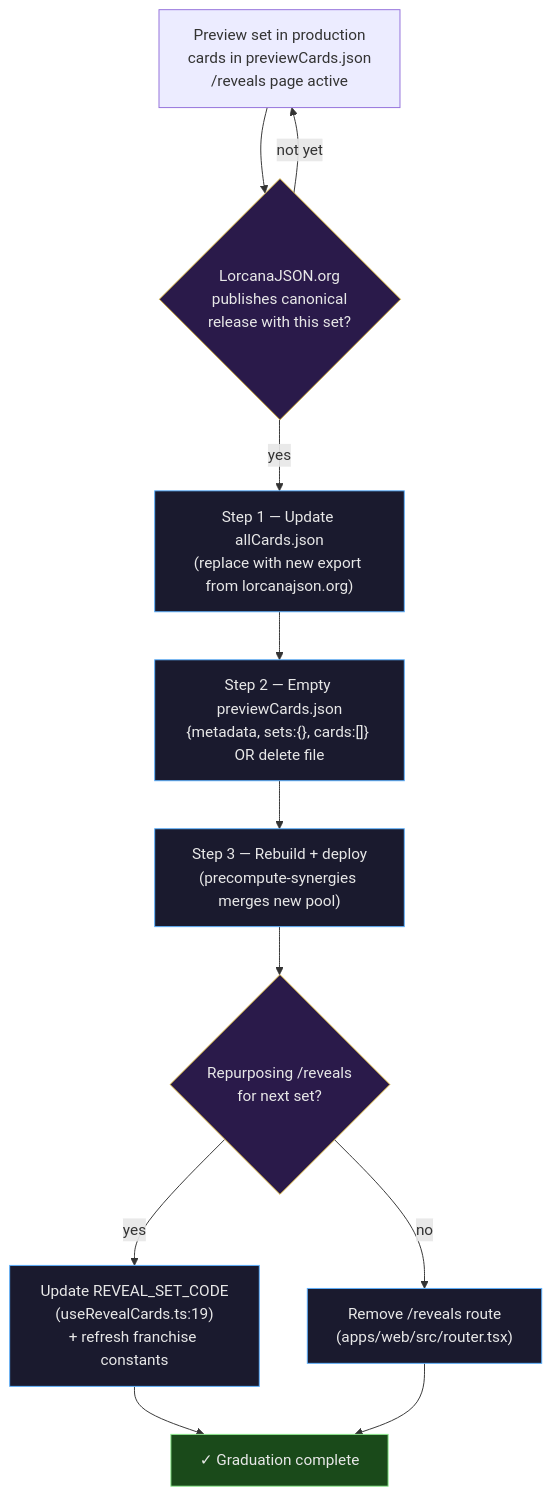
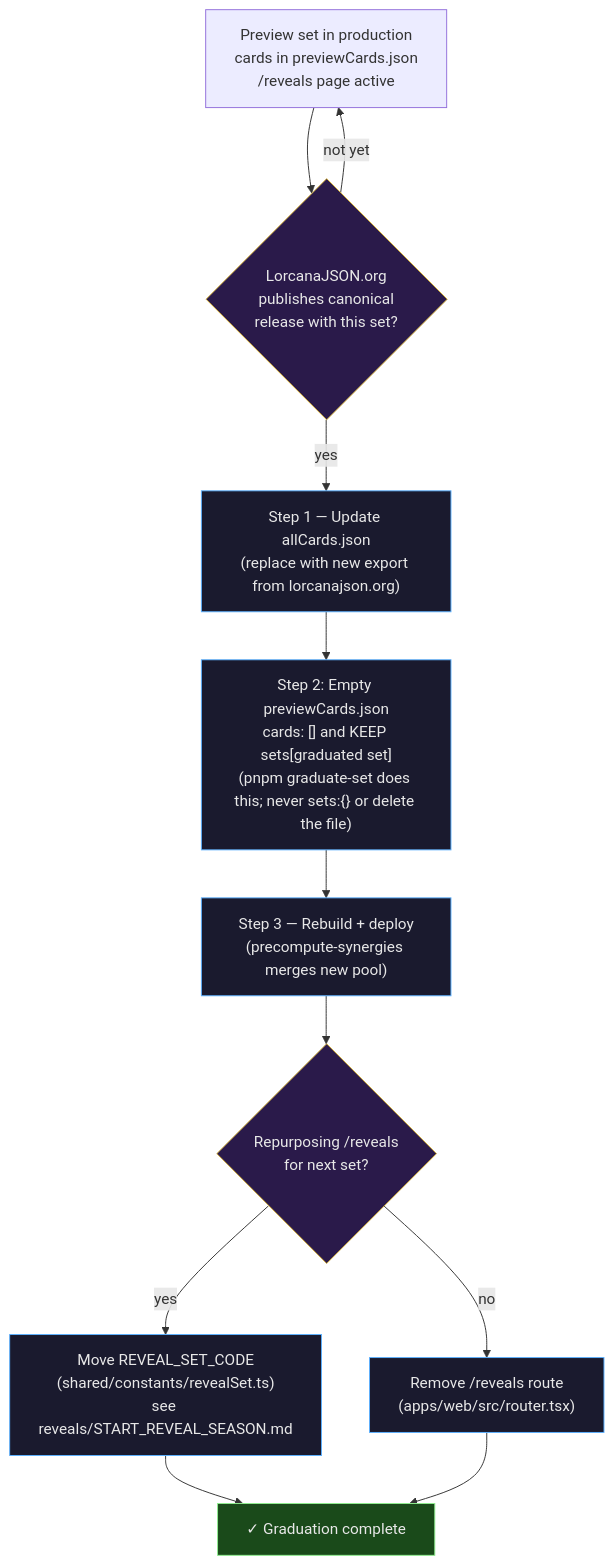
Before and after one commit to Doberjohn/inkweave: the sixth of 6 diagrams in docs/CARD_DATA_PIPELINE.md, drawn with Mermaid. The commit also changed other lines of this file and 77 other files, not shown here.

First line of the commit message:
feat(reveals): start Set 14 (Hyperia City) reveal season (#564)

````diff
--- a/docs/CARD_DATA_PIPELINE.md
+++ b/docs/CARD_DATA_PIPELINE.md
@@ -853,24 +855,24 @@
 ```mermaid
 flowchart TD
     S0[Preview set in production<br/>cards in previewCards.json<br/>/reveals page active] --> Check{LorcanaJSON.org<br/>publishes canonical<br/>release with this set?}
     Check -->|not yet| S0
     Check -->|yes| Step1
     Step1["Step 1 — Update allCards.json<br/>(replace with new export from lorcanajson.org)"]
-    Step2["Step 2 — Empty previewCards.json<br/>{metadata, sets:{}, cards:[]} OR delete file"]
+    Step2["Step 2: Empty previewCards.json<br/>cards: [] and KEEP sets[graduated set]<br/>(pnpm graduate-set does this; never sets:{} or delete the file)"]
     Step3["Step 3 — Rebuild + deploy<br/>(precompute-synergies merges new pool)"]
     Step4{Repurposing /reveals<br/>for next set?}
-    Step5["Update REVEAL_SET_CODE<br/>(useRevealCards.ts:19)<br/>+ refresh franchise constants"]
+    Step5["Move REVEAL_SET_CODE<br/>(shared/constants/revealSet.ts)<br/>see reveals/START_REVEAL_SEASON.md"]
     Step6["Remove /reveals route<br/>(apps/web/src/router.tsx)"]
     Done["✓ Graduation complete"]
 
     Step1 --> Step2 --> Step3 --> Step4
     Step4 -->|yes| Step5 --> Done
     Step4 -->|no| Step6 --> Done
 
     classDef step fill:#1a1a2e,stroke:#5cb1ff,color:#e8e8e8
     classDef decision fill:#2a1a4a,stroke:#d4af37,color:#e8e8e8
     classDef terminal fill:#1a4a1a,stroke:#90ee90,color:#e8e8e8
     class Step1,Step2,Step3,Step5,Step6 step
     class Check,Step4 decision
     class Done terminal
 ```
````
